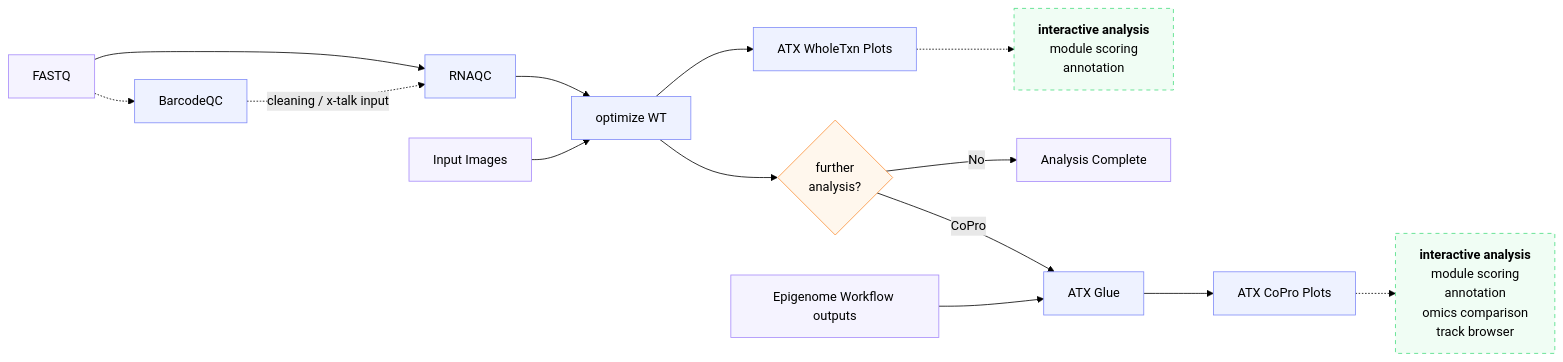
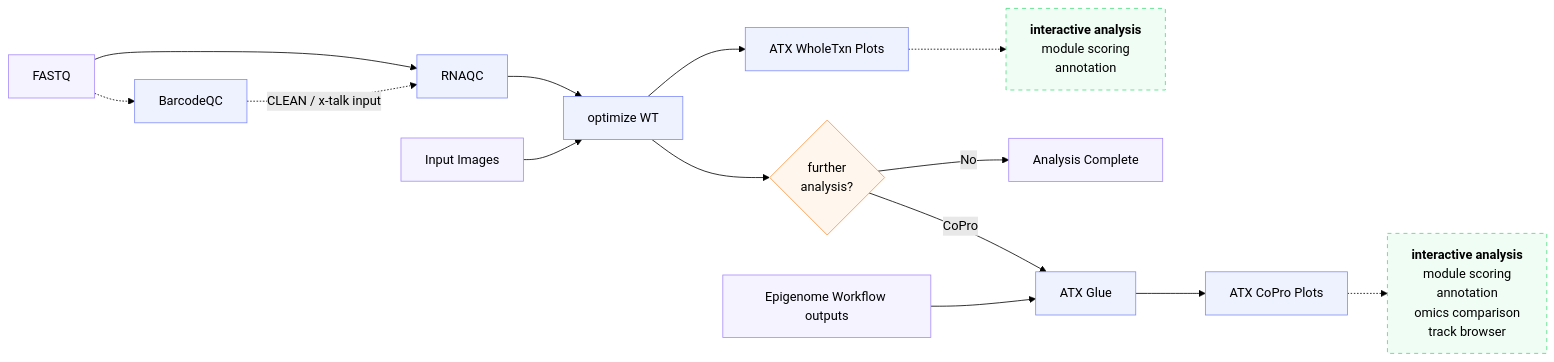
One commit to atlasxomics/atx-docs changed the diagram in docs/transcriptome/index.md. Above: the diagram before and after it, drawn with Mermaid (forest theme). The commit also changed other lines of this file and 12 other files, not shown here.

````diff
--- a/docs/transcriptome/index.md
+++ b/docs/transcriptome/index.md
@@ -8,33 +8,33 @@
 ```mermaid
 flowchart LR
     FASTQ["FASTQ"] --> PRE["RNAQC"]
     FASTQ -.-> BCQ["BarcodeQC"]
-    BCQ -. "cleaning / x-talk input" .-> PRE
+    BCQ -. "CLEAN / x-talk input" .-> PRE
     PRE --> OPT["optimize WT"]
     IMAGES["Input Images"] --> OPT
     OPT --> PLOTS["ATX WholeTxn Plots"] & FURTHER{"further<br>analysis?"}
     PLOTS -.-> PLOT_ANALYSES["<b>interactive analysis</b><br>module scoring<br>annotation"]
     FURTHER -- No --> DONE["Analysis Complete"]
     FURTHER -- CoPro --> GLUE["ATX Glue"]
     ATAC["Epigenome Workflow outputs"] --> GLUE
     GLUE --> COPRO["ATX CoPro Plots"]
     COPRO -.-> COPRO_ANALYSES["<b>interactive analysis</b><br>module scoring<br>annotation<br>omics comparison<br>track browser"]
 
     FASTQ:::startend
     IMAGES:::startend
     BCQ:::process
     PRE:::process
     OPT:::process
     PLOTS:::process
     FURTHER:::decision
     GLUE:::process
     COPRO:::process
     DONE:::startend
     PLOT_ANALYSES:::interactive
     COPRO_ANALYSES:::interactive
     ATAC:::startend
     classDef process stroke:#818cf8,fill:#eef2ff
     classDef decision stroke:#fb923c,fill:#fff7ed
     classDef interactive stroke:#4ade80,fill:#f0fdf4,stroke-dasharray: 5 5
     classDef startend stroke:#a78bfa,fill:#f5f3ff
 ```
````
